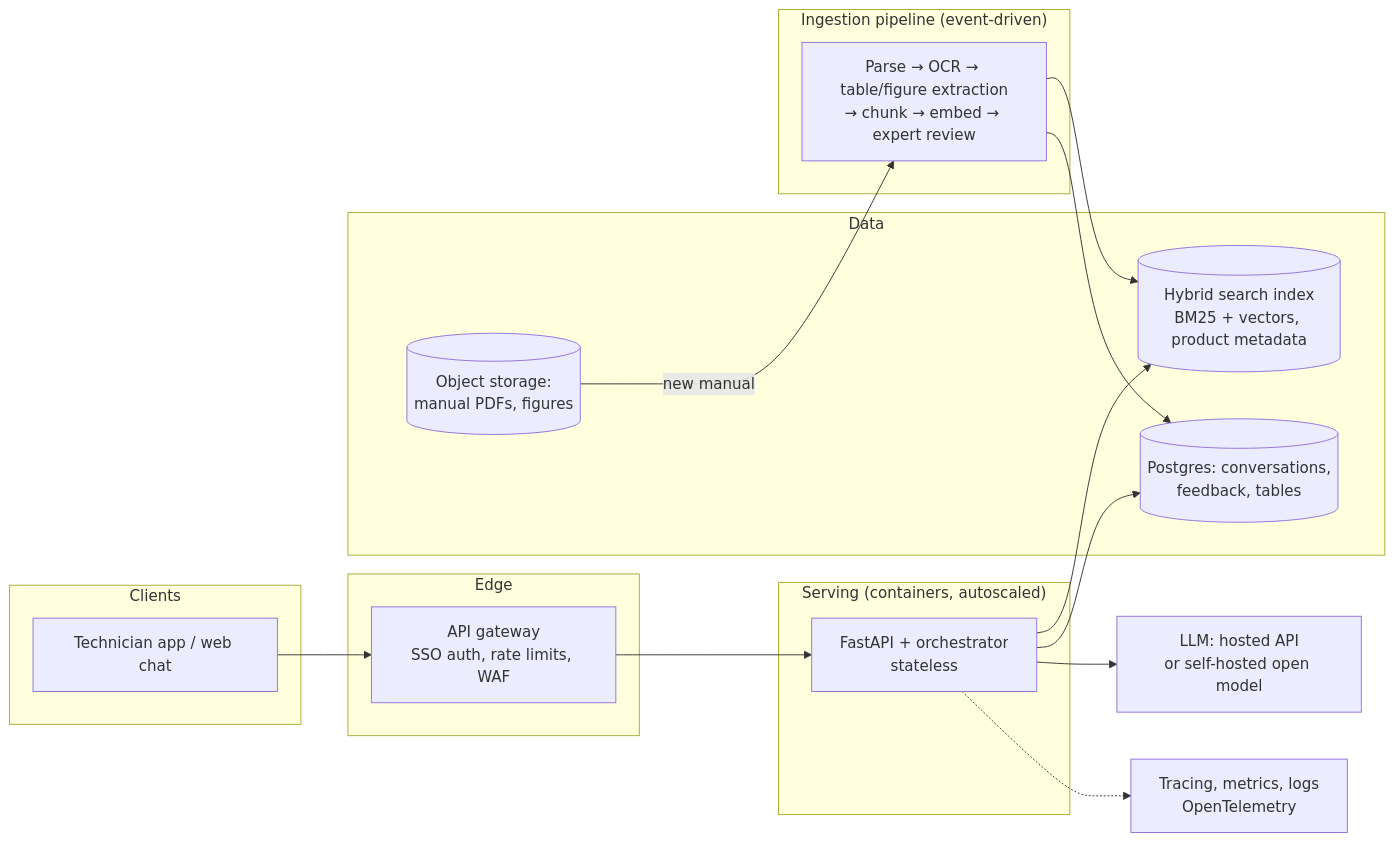
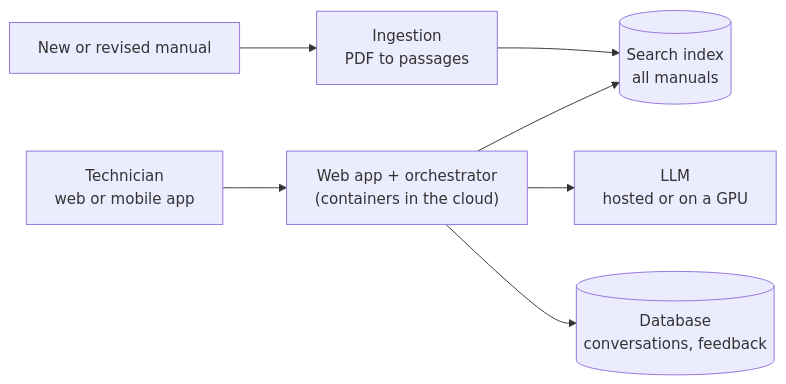
Before and after one commit to joanvaquer/fluidra: the second of 2 diagrams in docs/ARCHITECTURE.md, drawn with Mermaid. The commit also changed other lines of this file, not shown here.

````diff
--- a/docs/ARCHITECTURE.md
+++ b/docs/ARCHITECTURE.md
@@ -120,30 +124,8 @@
 ```mermaid
 flowchart LR
-    subgraph Clients
-      APP[Technician app / web chat]
-    end
-    subgraph Edge
-      GW[API gateway<br/>SSO auth, rate limits, WAF]
-    end
-    subgraph Serving["Serving (containers, autoscaled)"]
-      API[FastAPI + orchestrator<br/>stateless]
-    end
-    subgraph Data
-      VS[(Hybrid search index<br/>BM25 + vectors, product metadata)]
-      DB[(Postgres: conversations,<br/>feedback, tables)]
-      BLOB[(Object storage:<br/>manual PDFs, figures)]
-    end
-    subgraph Ingestion["Ingestion pipeline (event-driven)"]
-      ING[Parse → OCR → table/figure extraction<br/>→ chunk → embed → expert review]
-    end
-    LLM[LLM: hosted API<br/>or self-hosted open model]
-    OBS[Tracing, metrics, logs<br/>OpenTelemetry]
-
-    APP --> GW --> API
-    API --> VS
-    API --> DB
-    API --> LLM
-    API -.-> OBS
-    BLOB -- new manual --> ING --> VS
-    ING --> DB
+    APP[Technician<br/>web or mobile app] --> SRV["Web app + orchestrator<br/>(containers in the cloud)"]
+    SRV --> IDX[(Search index<br/>all manuals)]
+    SRV --> LLM[LLM<br/>hosted or on a GPU]
+    SRV --> DB[(Database<br/>conversations, feedback)]
+    PDF[New or revised manual] --> ING[Ingestion<br/>PDF to passages] --> IDX
 ```
````
